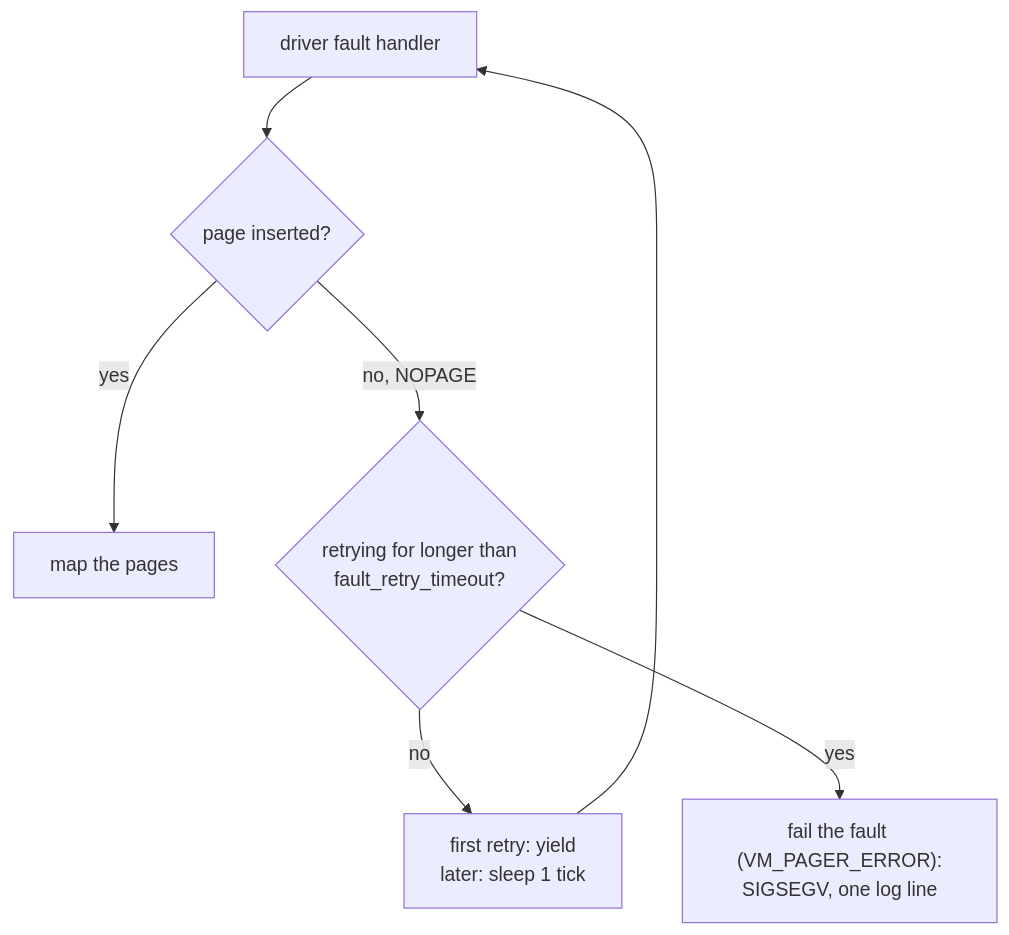
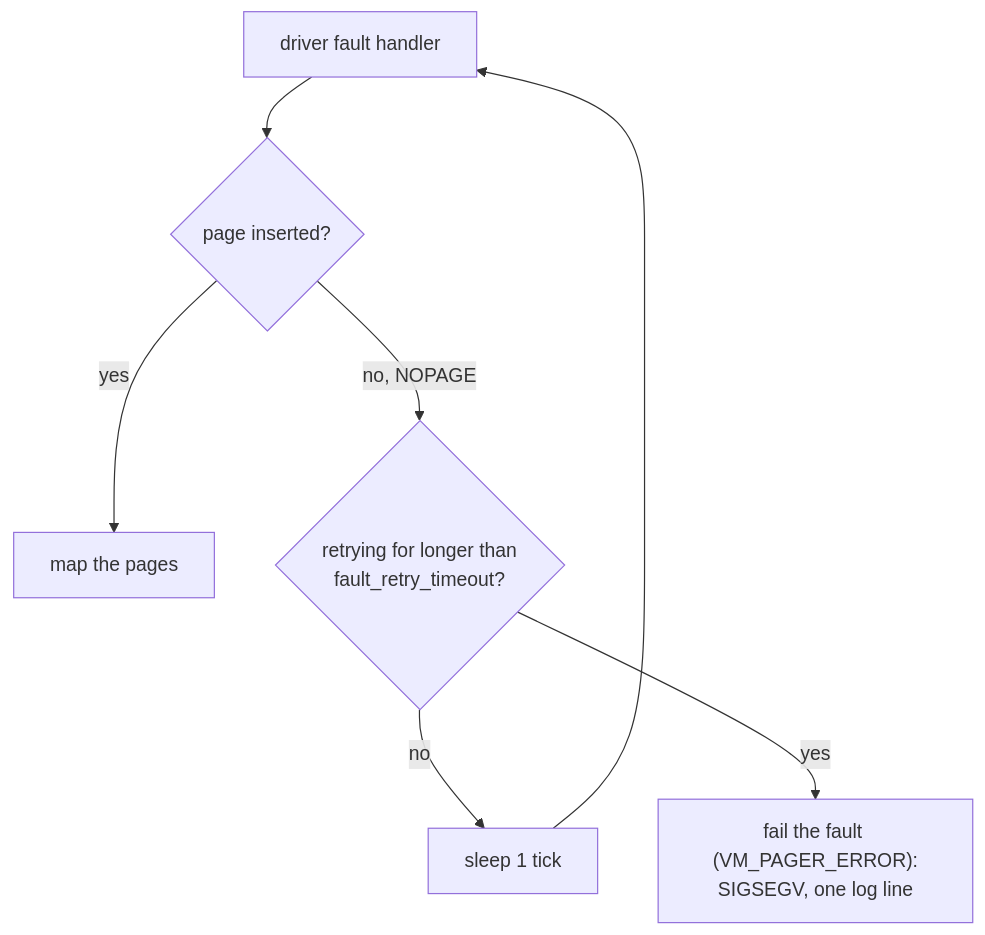
One commit to ocochard/myscripts changed the diagram in FreeBSD/docs/linuxkpi_fault_killable.md. Above: the diagram before and after it, drawn with Mermaid. The commit also changed other lines of this file and 3 other files, not shown here.

Commit message:
FreeBSD/docs: PR 131 retries sleep a tick each time, per kib's review

````diff
--- a/FreeBSD/docs/linuxkpi_fault_killable.md
+++ b/FreeBSD/docs/linuxkpi_fault_killable.md
@@ -152,8 +149,8 @@
 ```mermaid
 flowchart TD
     F["driver fault handler"] --> Q{"page inserted?"}
     Q -- yes --> OK["map the pages"]
     Q -- "no, NOPAGE" --> D{"retrying for longer than<br/>fault_retry_timeout?"}
-    D -- no --> Y["first retry: yield<br/>later: sleep 1 tick"] --> F
+    D -- no --> Y["sleep 1 tick"] --> F
     D -- yes --> E["fail the fault (VM_PAGER_ERROR):<br/>SIGSEGV, one log line"]
 ```
````
